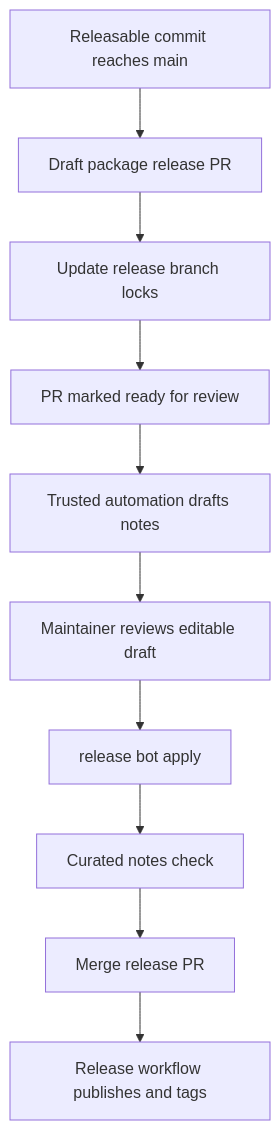
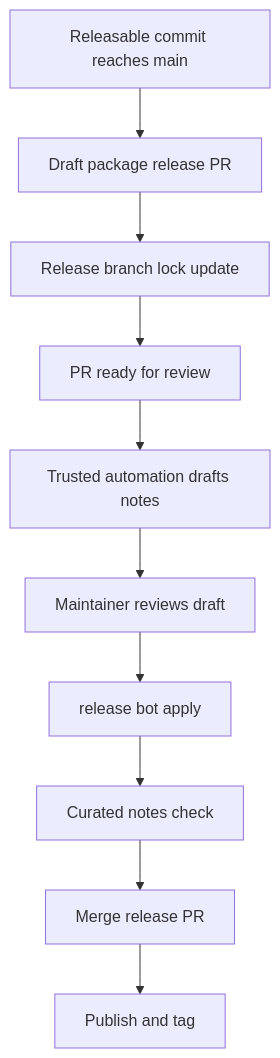
Before and after one commit to langchain-ai/deepagents: the second of 2 diagrams in openwiki/operations/development.md, drawn with Mermaid. The commit also changed other lines of this file and 23 other files, not shown here.

````diff
--- a/openwiki/operations/development.md
+++ b/openwiki/operations/development.md
@@ -135,12 +143,12 @@
 ```mermaid
 flowchart TD
-    Land["Releasable commit reaches main"] --> ReleasePr["Draft package release PR"]
-    ReleasePr --> Locks["Update release branch locks"]
-    Locks --> Ready["PR marked ready for review"]
+    Land["Releasable commit reaches main"] --> ReleasePR["Draft package release PR"]
+    ReleasePR --> Locks["Release branch lock update"]
+    Locks --> Ready["PR ready for review"]
     Ready --> Draft["Trusted automation drafts notes"]
-    Draft --> Review["Maintainer reviews editable draft"]
+    Draft --> Review["Maintainer reviews draft"]
     Review --> Apply["release bot apply"]
     Apply --> Gate["Curated notes check"]
     Gate --> Merge["Merge release PR"]
-    Merge --> Publish["Release workflow publishes and tags"]
+    Merge --> Publish["Publish and tag"]
 ```
````
